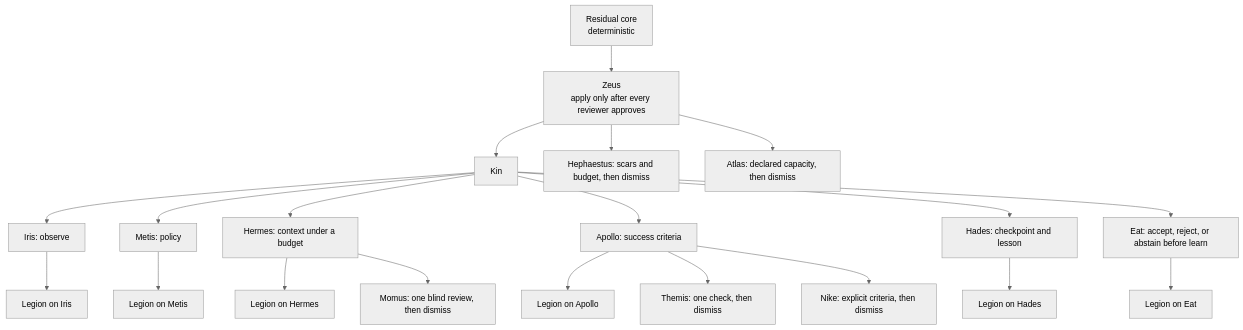
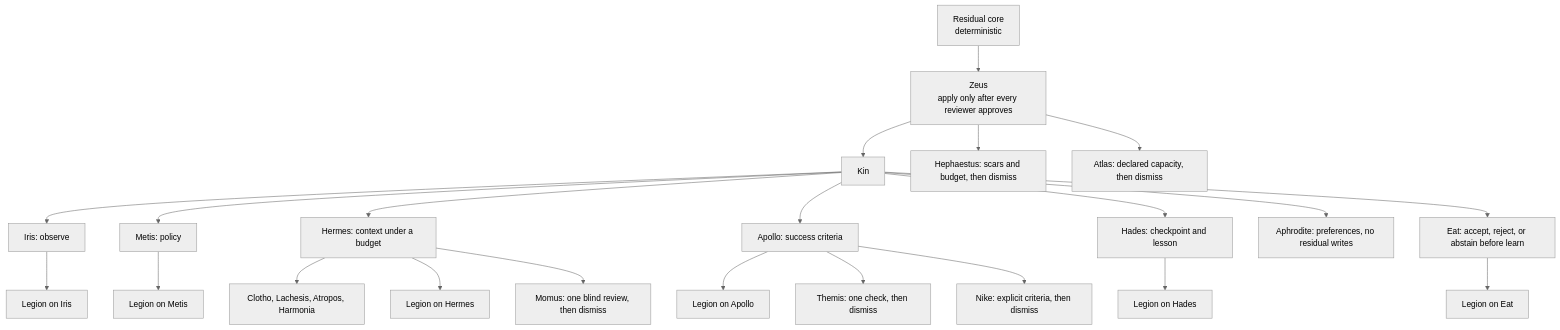
One commit to jackyreaps/Resileos-QAI changed the diagram in README.md. Above: the diagram before and after it, drawn with Mermaid (neutral theme). The commit also changed other lines of this file and 16 other files, not shown here.

First line of the commit message:
Add Aphrodite, Hermes coordination, and studio panels

````diff
--- a/README.md
+++ b/README.md
@@ -11,22 +11,24 @@
 ```mermaid
 flowchart TD
   core["Residual core<br/>deterministic"] --> zeus["Zeus<br/>apply only after every reviewer approves"]
   zeus --> kin["Kin"]
   kin --> iris["Iris: observe"]
   kin --> metis["Metis: policy"]
   kin --> hermes["Hermes: context under a budget"]
   kin --> apollo["Apollo: success criteria"]
   kin --> hades["Hades: checkpoint and lesson"]
+  kin --> aphrodite["Aphrodite: preferences, no residual writes"]
   kin --> eat["Eat: accept, reject, or abstain before learn"]
+  hermes --> moirai["Clotho, Lachesis, Atropos, Harmonia"]
   iris --> legIris["Legion on Iris"]
   metis --> legMetis["Legion on Metis"]
   hermes --> legHermes["Legion on Hermes"]
   apollo --> legApollo["Legion on Apollo"]
   hades --> legHades["Legion on Hades"]
   eat --> legEat["Legion on Eat"]
   apollo --> themis["Themis: one check, then dismiss"]
   hermes --> momus["Momus: one blind review, then dismiss"]
   zeus --> heph["Hephaestus: scars and budget, then dismiss"]
   apollo --> nike["Nike: explicit criteria, then dismiss"]
   zeus --> atlas["Atlas: declared capacity, then dismiss"]
 ```
````
